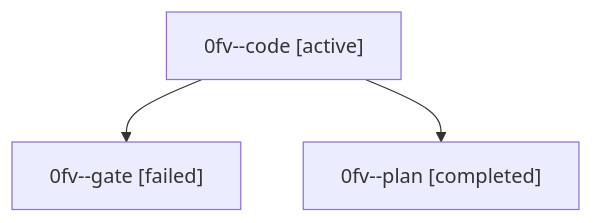
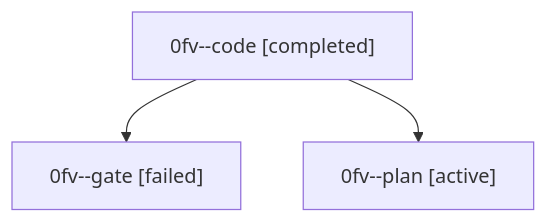
Before and after one commit to bobs-org/bob-cli--agents: the diagram in families/bbugyi200.athena.0fv.md, drawn with Mermaid. The commit also changed other lines of this file and 1279 other files, not shown here.

````diff
--- a/families/bbugyi200.athena.0fv.md
+++ b/families/bbugyi200.athena.0fv.md
@@ -9,8 +9,8 @@
 ```mermaid
 flowchart TD
-  n0["0fv--code [active]"]
+  n0["0fv--code [completed]"]
   n1["0fv--gate [failed]"]
   n0 --> n1
-  n2["0fv--plan [completed]"]
+  n2["0fv--plan [active]"]
   n0 --> n2
 ```
````
